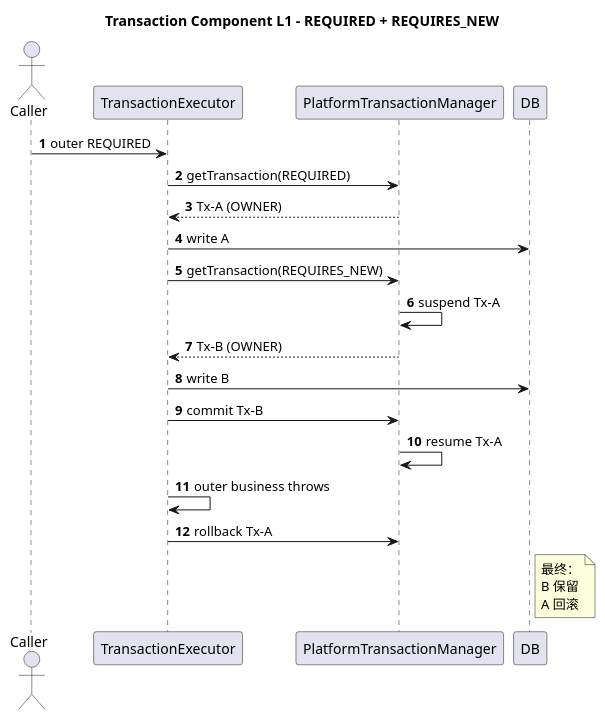
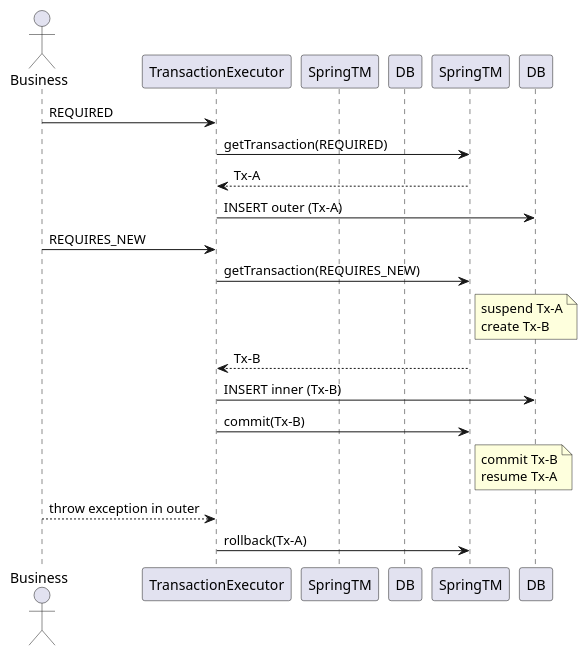
One commit to pbxjtumse/cola-web-standard changed the diagram in component/transaction-component/docs/diagrams/sequence/L1-requires-new.puml. Above: the diagram before and after it, drawn with PlantUML. The commit also changed 23 other files, not shown here.

```diff
--- a/component/transaction-component/docs/diagrams/sequence/L1-requires-new.puml
+++ b/component/transaction-component/docs/diagrams/sequence/L1-requires-new.puml
@@ -1,30 +1,28 @@
 @startuml
-title Transaction Component L1 - REQUIRED + REQUIRES_NEW
+actor Business
+participant TransactionExecutor
+participant SpringTM as PlatformTransactionManager
+participant DB as Database
 
-autonumber
-actor Caller
-participant TransactionExecutor as Tx
-participant PlatformTransactionManager as PTM
-participant DB
+Business -> TransactionExecutor: REQUIRED
+TransactionExecutor -> SpringTM: getTransaction(REQUIRED)
+SpringTM --> TransactionExecutor: Tx-A
+TransactionExecutor -> DB: INSERT outer (Tx-A)
 
-Caller -> Tx: outer REQUIRED
-Tx -> PTM: getTransaction(REQUIRED)
-PTM --> Tx: Tx-A (OWNER)
-Tx -> DB: write A
+Business -> TransactionExecutor: REQUIRES_NEW
+TransactionExecutor -> SpringTM: getTransaction(REQUIRES_NEW)
+note right of SpringTM
+  suspend Tx-A
+  create Tx-B
+end note
+SpringTM --> TransactionExecutor: Tx-B
+TransactionExecutor -> DB: INSERT inner (Tx-B)
+TransactionExecutor -> SpringTM: commit(Tx-B)
+note right of SpringTM
+  commit Tx-B
+  resume Tx-A
+end note
 
-Tx -> PTM: getTransaction(REQUIRES_NEW)
-PTM -> PTM: suspend Tx-A
-PTM --> Tx: Tx-B (OWNER)
-Tx -> DB: write B
-Tx -> PTM: commit Tx-B
-PTM -> PTM: resume Tx-A
-
-Tx -> Tx: outer business throws
-Tx -> PTM: rollback Tx-A
-
-note right of DB
-最终：
-B 保留
-A 回滚
-end note
+Business --> TransactionExecutor: throw exception in outer
+TransactionExecutor -> SpringTM: rollback(Tx-A)
 @enduml
```
